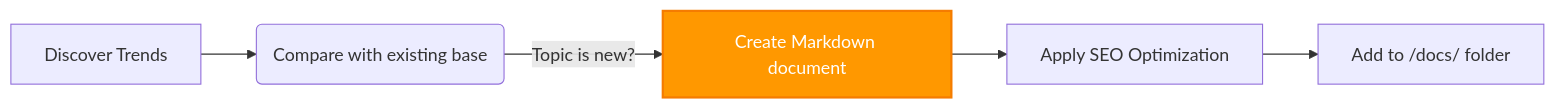
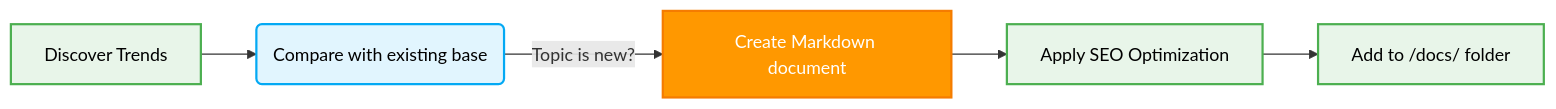
Before and after one commit to beginwebdev2002/best-practise: the diagram in .jules/rules/daily-content-generator.md, drawn with Mermaid. The commit also changed 20 other files, not shown here.

First line of the commit message:
docs: update mermaid diagrams with UI/UX design tokens styling

````diff
--- a/.jules/rules/daily-content-generator.md
+++ b/.jules/rules/daily-content-generator.md
@@ -27,9 +27,18 @@
 ```mermaid
 graph LR
     A[Discover Trends] --> B(Compare with existing base)
     B -->|Topic is new?| C[Create Markdown document]
     C --> D[Apply SEO Optimization]
     D --> E[Add to /docs/ folder]
     
     style C fill:#ff9800,stroke:#f57c00,stroke-width:2px,color:#fff
+    %% Added Design Token Styles for Mermaid Diagrams
+    classDef default fill:#e1f5fe,stroke:#03a9f4,stroke-width:2px,color:#000;
+    classDef component fill:#e8f5e9,stroke:#4caf50,stroke-width:2px,color:#000;
+    classDef layout fill:#f3e5f5,stroke:#9c27b0,stroke-width:2px,color:#000;
+
+    class A component;
+    class E component;
+    class D component;
+
 ```
````
